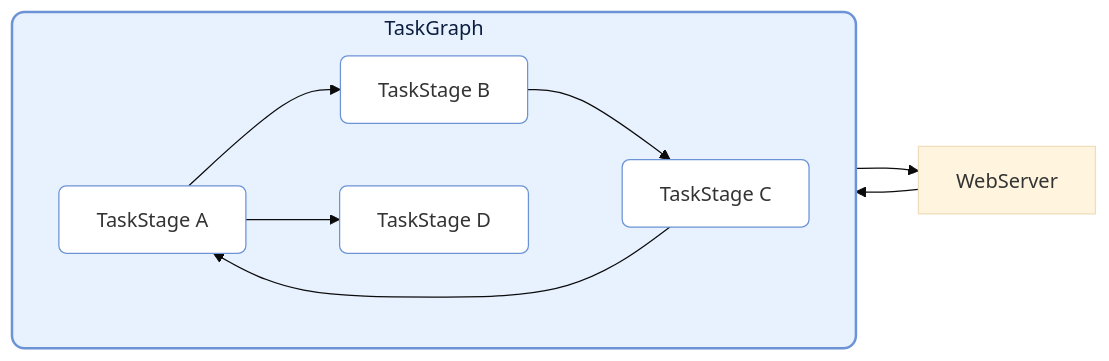
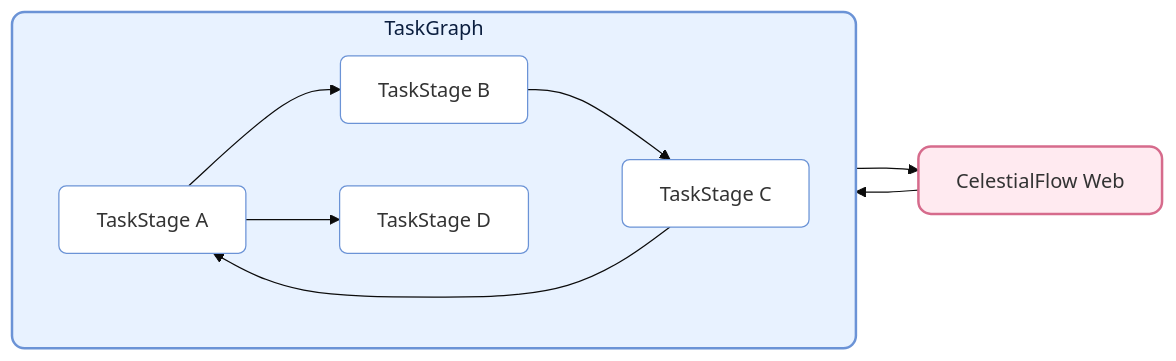
The first of 2 diagrams in README.md (Mr-xiaotian/CelestialFlow), drawn with Mermaid (base theme) before and after one commit. The commit also changed other lines of this file, not shown here.

````diff
--- a/README.md
+++ b/README.md
@@ -54,31 +54,33 @@
 ```mermaid
 flowchart LR
 
     %% ===== TaskGraph =====
     subgraph TG[TaskGraph]
         direction LR
 
         S1[TaskStage A]
         S2[TaskStage B]
         S3[TaskStage C]
         S4[TaskStage D]
 
         S1 --> S2 --> S3 --> S1
         S1 --> S4
 
     end
 
     %% 美化 TaskGraph 外框
     style TG fill:#e8f2ff,stroke:#6b93d6,stroke-width:2px,color:#0b1e3f,rx:10px,ry:10px
 
     %% 统一美化格式
     classDef blueNode fill:#ffffff,stroke:#6b93d6,rx:6px,ry:6px;
 
     %% 美化 TaskStages
     class S1,S2,S3,S4 blueNode;
 
     %% ===== Links =====
-    TG --> W[WebServer]
-    W[WebServer] --> TG 
+    TG --> CFB[CelestialFlow Web]
+    CFB --> TG 
+
+    style CFB fill:#ffeaf0,stroke:#d66b8c,stroke-width:2px,rx:10px,ry:10px
 
 ```
````
